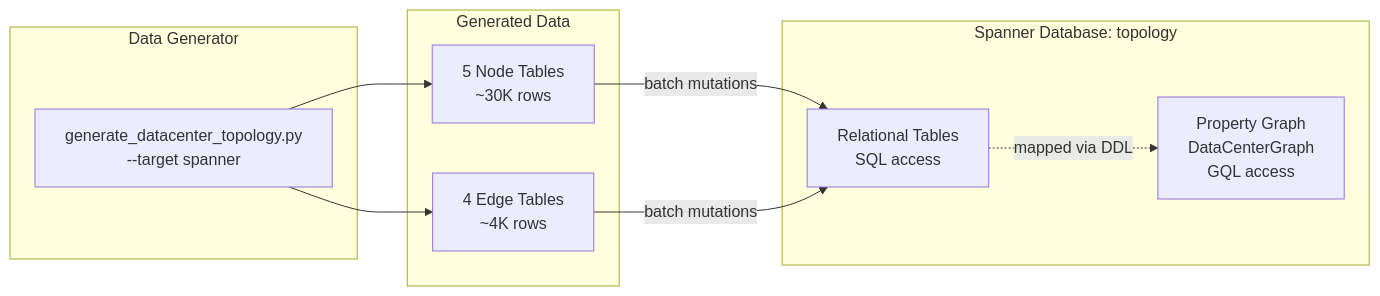
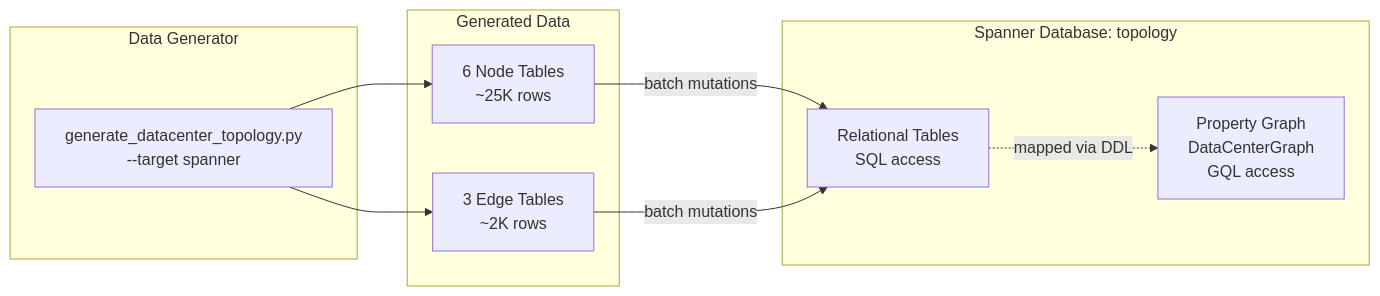
The first of 2 diagrams in docs/demos/spanner-graph/architecture.md (gCloud-Tech-Showcase/Data-Cloud), drawn with Mermaid before and after one commit. The commit also changed other lines of this file and 1 other file, not shown here.

First line of the commit message:
Fix Spanner Graph docs to match actual codebase

````diff
--- a/docs/demos/spanner-graph/architecture.md
+++ b/docs/demos/spanner-graph/architecture.md
@@ -9,22 +9,22 @@
 ```mermaid
 graph LR
     subgraph "Data Generator"
         GEN[generate_datacenter_topology.py<br/>--target spanner]
     end
 
     subgraph "Generated Data"
-        NODES[5 Node Tables<br/>~30K rows]
-        EDGES[4 Edge Tables<br/>~4K rows]
+        NODES[6 Node Tables<br/>~25K rows]
+        EDGES[3 Edge Tables<br/>~2K rows]
     end
 
     subgraph "Spanner Database: topology"
         TABLES[Relational Tables<br/>SQL access]
         GRAPH[Property Graph<br/>DataCenterGraph<br/>GQL access]
     end
 
     GEN --> NODES
     GEN --> EDGES
     NODES -->|batch mutations| TABLES
     EDGES -->|batch mutations| TABLES
     TABLES -.->|mapped via DDL| GRAPH
 ```
````
